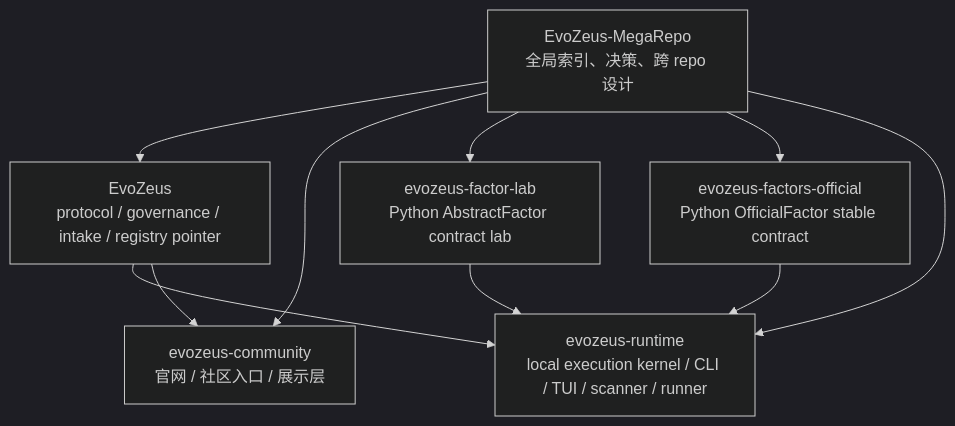
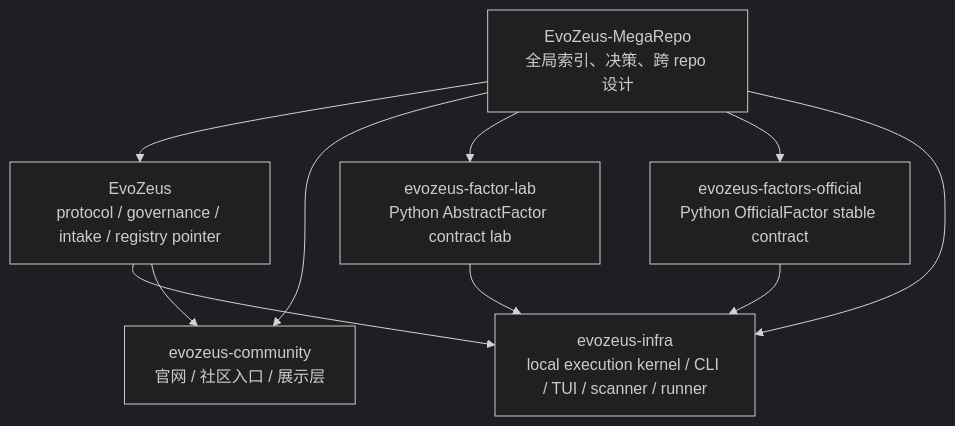
One commit to MetaInFLow/EvoZeus-MegaRepo changed the second of 2 diagrams in 00-global/evozeus-overall-design.md. Above: the diagram before and after it, drawn with Mermaid (dark theme). The commit also changed other lines of this file and 14 other files, not shown here.

````diff
--- a/00-global/evozeus-overall-design.md
+++ b/00-global/evozeus-overall-design.md
@@ -74,13 +74,13 @@
 ```mermaid
 flowchart TB
   Mega["EvoZeus-MegaRepo<br/>全局索引、决策、跨 repo 设计"] --> Main["EvoZeus<br/>protocol / governance / intake / registry pointer"]
   Mega --> Community["evozeus-community<br/>官网 / 社区入口 / 展示层"]
   Mega --> Lab["evozeus-factor-lab<br/>Python AbstractFactor contract lab"]
   Mega --> Official["evozeus-factors-official<br/>Python OfficialFactor stable contract"]
-  Mega --> Runtime["evozeus-runtime<br/>local execution kernel / CLI / TUI / scanner / runner"]
+  Mega --> Runtime["evozeus-infra<br/>local execution kernel / CLI / TUI / scanner / runner"]
 
   Main --> Runtime
   Lab --> Runtime
   Official --> Runtime
   Main --> Community
 ```
````
